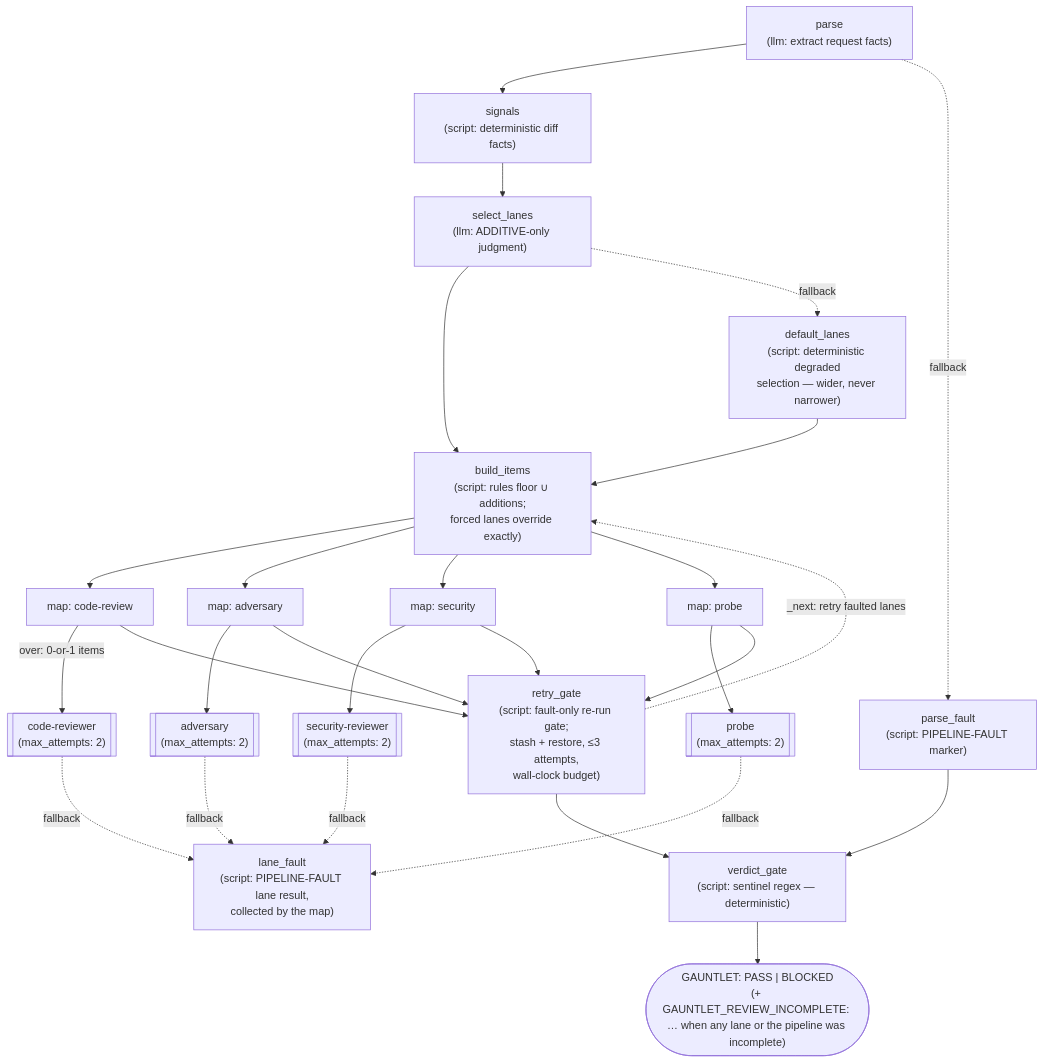
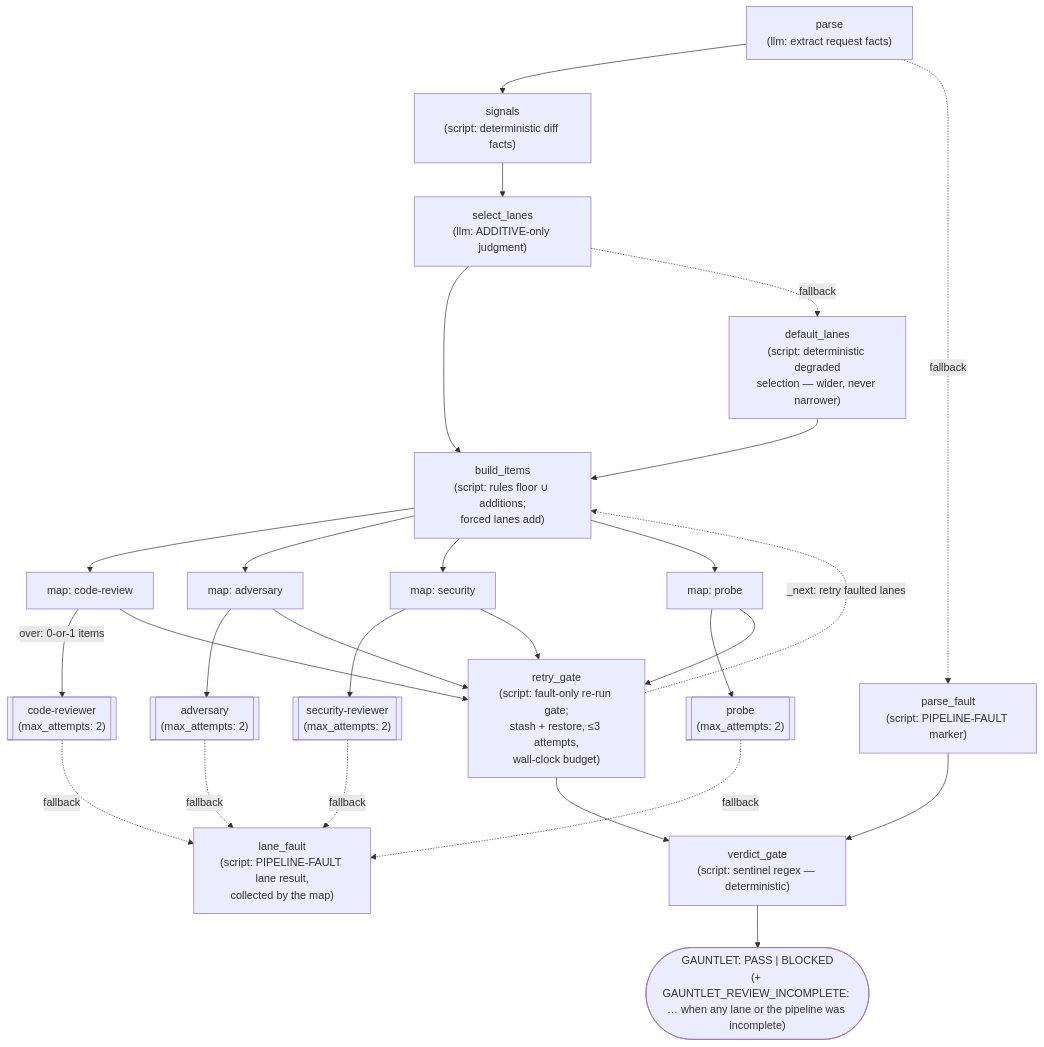
The diagram in assets/agents/review-gauntlet/README.md (Dark-Alex-17/coyote), drawn with Mermaid before and after one commit. The commit also changed other lines of this file and 6 other files, not shown here.

````diff
--- a/assets/agents/review-gauntlet/README.md
+++ b/assets/agents/review-gauntlet/README.md
@@ -11,23 +11,23 @@
 ```mermaid
 flowchart TD
     parse["parse<br/>(llm: extract request facts)"] --> signals["signals<br/>(script: deterministic diff facts)"]
     parse -. "fallback" .-> pfault["parse_fault<br/>(script: PIPELINE-FAULT marker)"]
     pfault --> gate
     signals --> select["select_lanes<br/>(llm: ADDITIVE-only judgment)"]
-    select --> build["build_items<br/>(script: rules floor ∪ additions;<br/>forced lanes override exactly)"]
+    select --> build["build_items<br/>(script: rules floor ∪ additions;<br/>forced lanes add)"]
     select -. "fallback" .-> dlanes["default_lanes<br/>(script: deterministic degraded<br/>selection — wider, never narrower)"]
     dlanes --> build
     build --> mcr["map: code-review"] & madv["map: adversary"] & msec["map: security"] & mpb["map: probe"]
     mcr -->|"over: 0-or-1 items"| rcr[["code-reviewer<br/>(max_attempts: 2)"]]
     madv --> radv[["adversary<br/>(max_attempts: 2)"]]
     msec --> rsec[["security-reviewer<br/>(max_attempts: 2)"]]
     mpb --> rpb[["probe<br/>(max_attempts: 2)"]]
     rcr -. "fallback" .-> lfault["lane_fault<br/>(script: PIPELINE-FAULT lane result,<br/>collected by the map)"]
     radv -. "fallback" .-> lfault
     rsec -. "fallback" .-> lfault
     rpb -. "fallback" .-> lfault
     mcr & madv & msec & mpb --> rgate["retry_gate<br/>(script: fault-only re-run gate;<br/>stash + restore, ≤3 attempts,<br/>wall-clock budget)"]
     rgate -. "_next: retry faulted lanes" .-> build
     rgate --> gate["verdict_gate<br/>(script: sentinel regex — deterministic)"]
     gate --> done(["GAUNTLET: PASS | BLOCKED<br/>(+ GAUNTLET_REVIEW_INCOMPLETE: … when any lane or the pipeline was incomplete)"])
 ```
````
